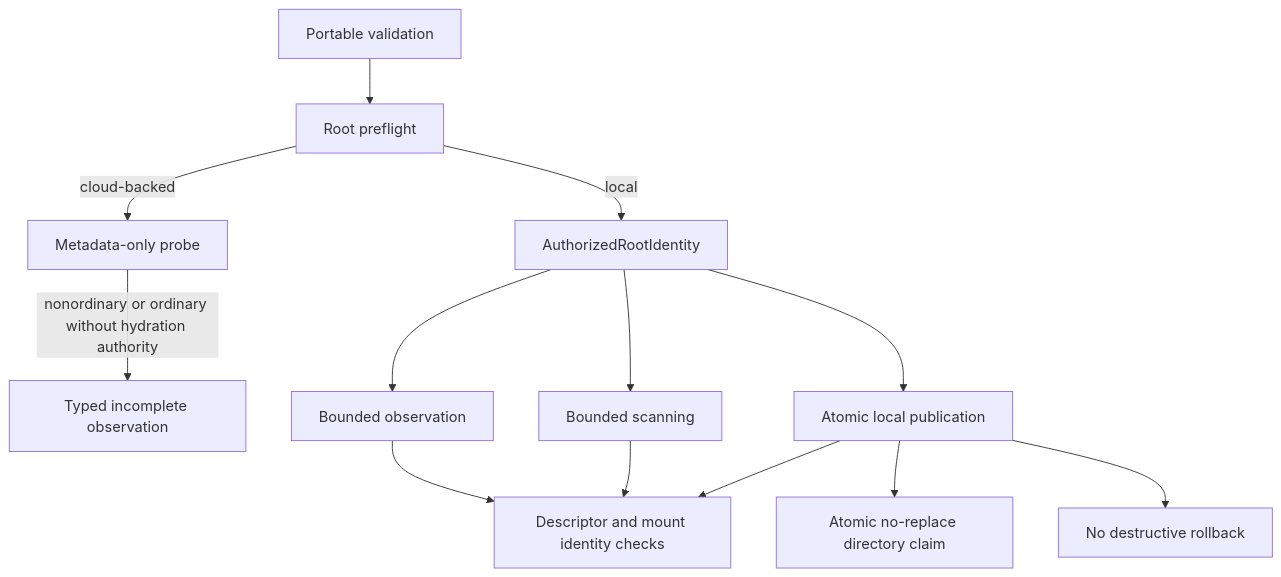
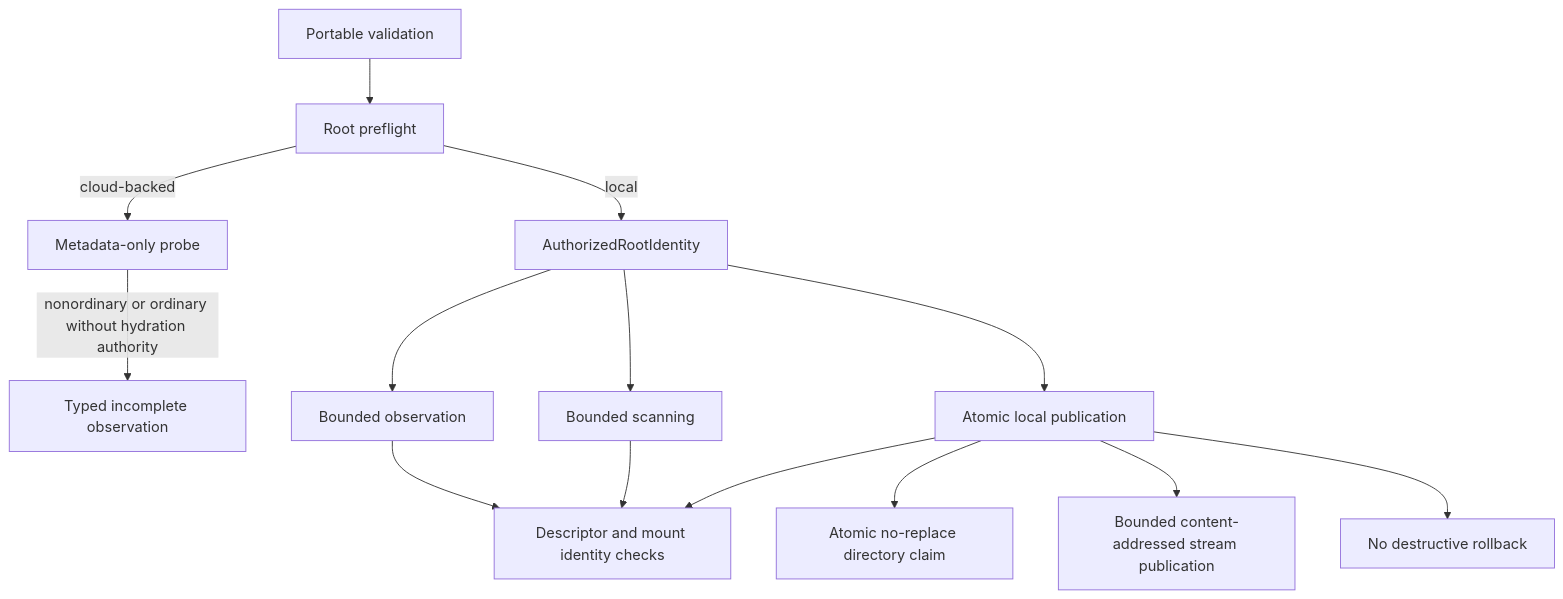
The diagram in docs/architecture/projectkoios/references/path_safety/implementation.md (eragasa/projectkoios-references), drawn with Mermaid before and after one commit. The commit also changed other lines of this file and 33 other files, not shown here.

````diff
--- a/docs/architecture/projectkoios/references/path_safety/implementation.md
+++ b/docs/architecture/projectkoios/references/path_safety/implementation.md
@@ -30,15 +34,16 @@
 ```mermaid
 flowchart TD
     V[Portable validation] --> P[Root preflight]
     P -->|cloud-backed| M[Metadata-only probe]
     P -->|local| A[AuthorizedRootIdentity]
     M -->|nonordinary or ordinary without hydration authority| I[Typed incomplete observation]
     A --> O[Bounded observation]
     A --> S[Bounded scanning]
     A --> U[Atomic local publication]
     O --> B[Descriptor and mount identity checks]
     S --> B
     U --> B
     U --> N[Atomic no-replace directory claim]
+    U --> C[Bounded content-addressed stream publication]
     U --> R[No destructive rollback]
 ```
````
